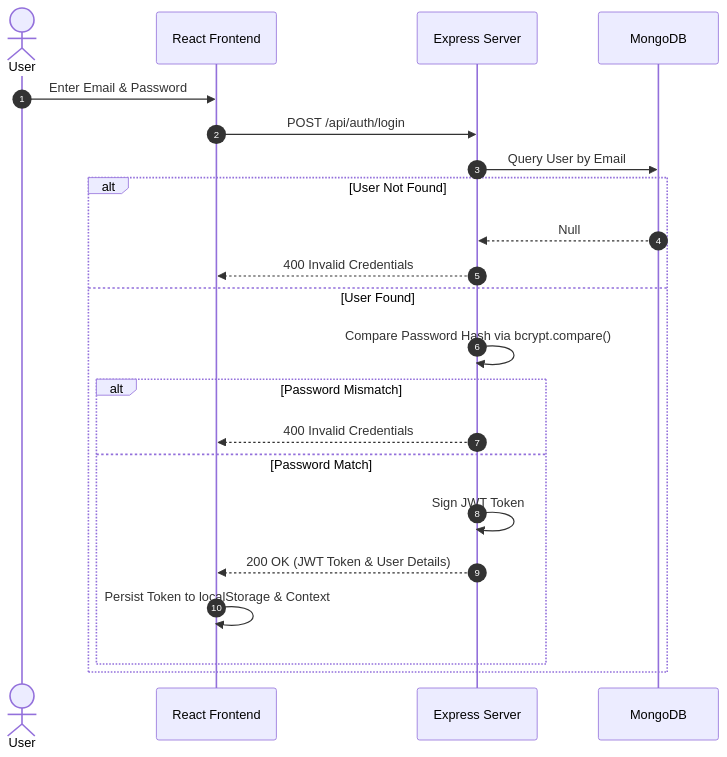
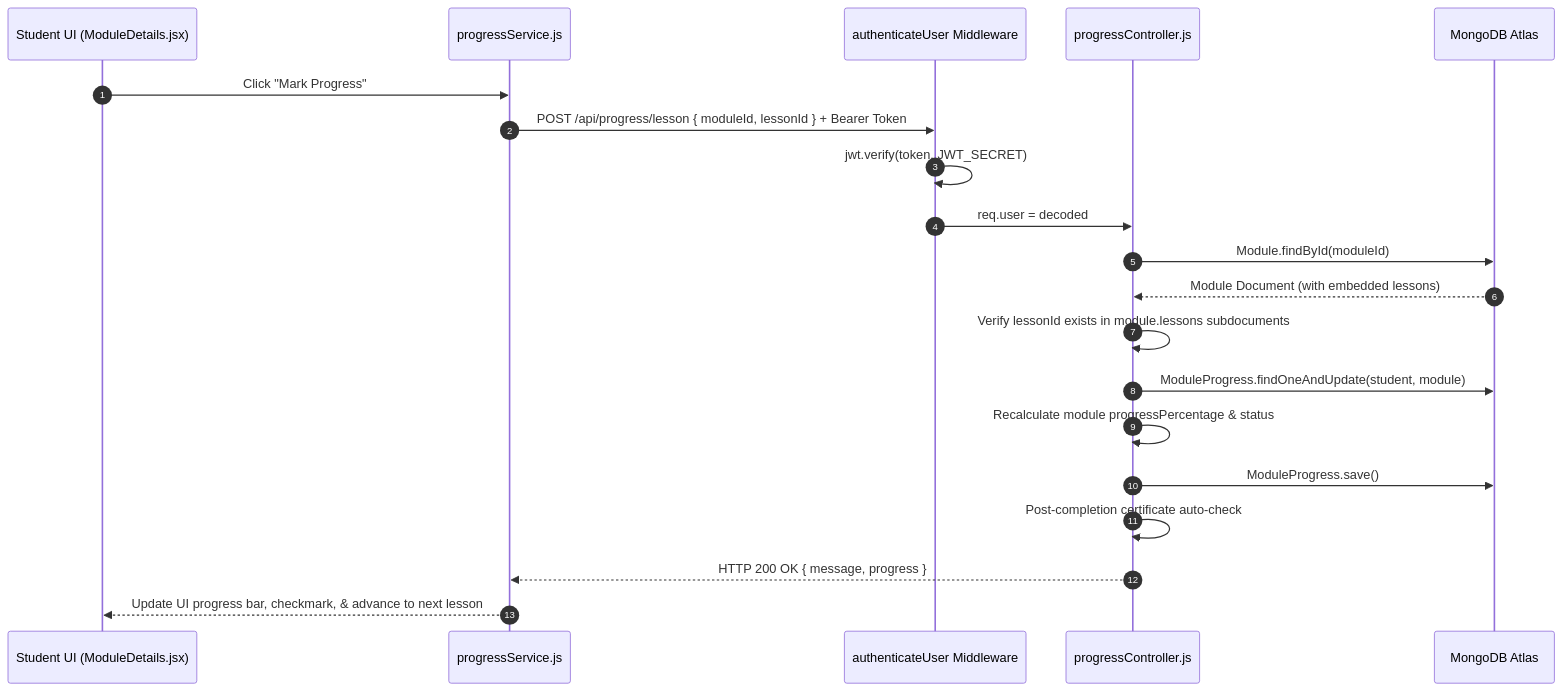
The third of 5 diagrams in docs/ARCHITECTURE.md (mhksharma140807/PathPilot), drawn with Mermaid before and after one commit. The commit also changed other lines of this file and 11 other files, not shown here.

Commit message:
fix: complete V2 lesson progress flow and update documentation

````diff
--- a/docs/ARCHITECTURE.md
+++ b/docs/ARCHITECTURE.md
@@ -141,25 +65,23 @@
 ```mermaid
 sequenceDiagram
     autonumber
-    actor User
-    participant Browser as React Frontend
-    participant API as Express Server
-    participant DB as MongoDB
+    participant Student as Student UI (ModuleDetails.jsx)
+    participant Service as progressService.js
+    participant Middleware as authenticateUser Middleware
+    participant Controller as progressController.js
+    participant DB as MongoDB Atlas
 
-    User->>Browser: Enter Email & Password
-    Browser->>API: POST /api/auth/login
-    API->>DB: Query User by Email
-    alt User Not Found
-        DB-->>API: Null
-        API-->>Browser: 400 Invalid Credentials
-    else User Found
-        API->>API: Compare Password Hash via bcrypt.compare()
-        alt Password Mismatch
-            API-->>Browser: 400 Invalid Credentials
-        else Password Match
-            API->>API: Sign JWT Token
-            API-->>Browser: 200 OK (JWT Token & User Details)
-            Browser->>Browser: Persist Token to localStorage & Context
-        end
-    end
+    Student->>Service: Click "Mark Progress"
+    Service->>Middleware: POST /api/progress/lesson { moduleId, lessonId } + Bearer Token
+    Middleware->>Middleware: jwt.verify(token, JWT_SECRET)
+    Middleware->>Controller: req.user = decoded
+    Controller->>DB: Module.findById(moduleId)
+    DB-->>Controller: Module Document (with embedded lessons)
+    Controller->>Controller: Verify lessonId exists in module.lessons subdocuments
+    Controller->>DB: ModuleProgress.findOneAndUpdate(student, module)
+    Controller->>Controller: Recalculate module progressPercentage & status
+    Controller->>DB: ModuleProgress.save()
+    Controller->>Controller: Post-completion certificate auto-check
+    Controller-->>Service: HTTP 200 OK { message, progress }
+    Service-->>Student: Update UI progress bar, checkmark, & advance to next lesson
 ```
````
